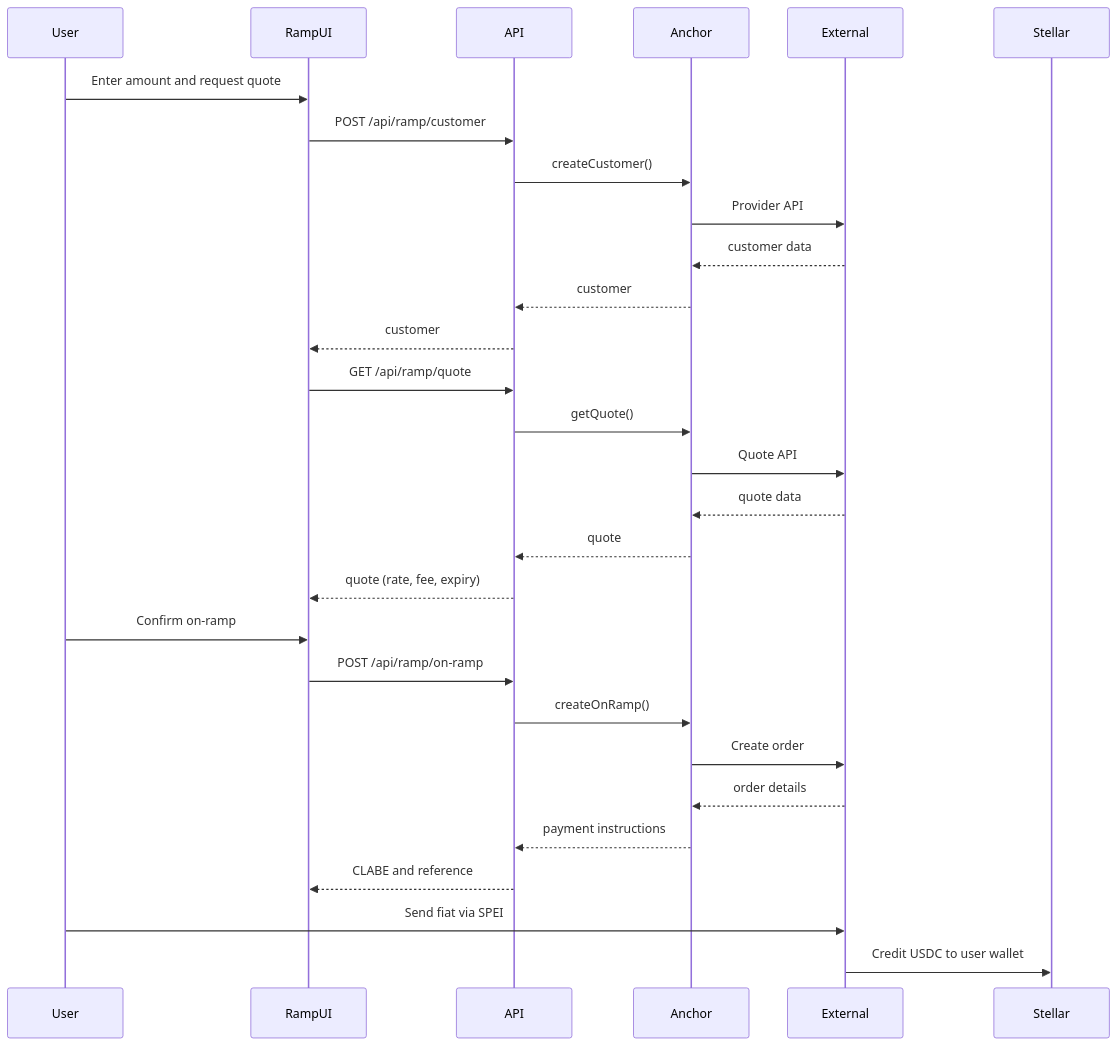
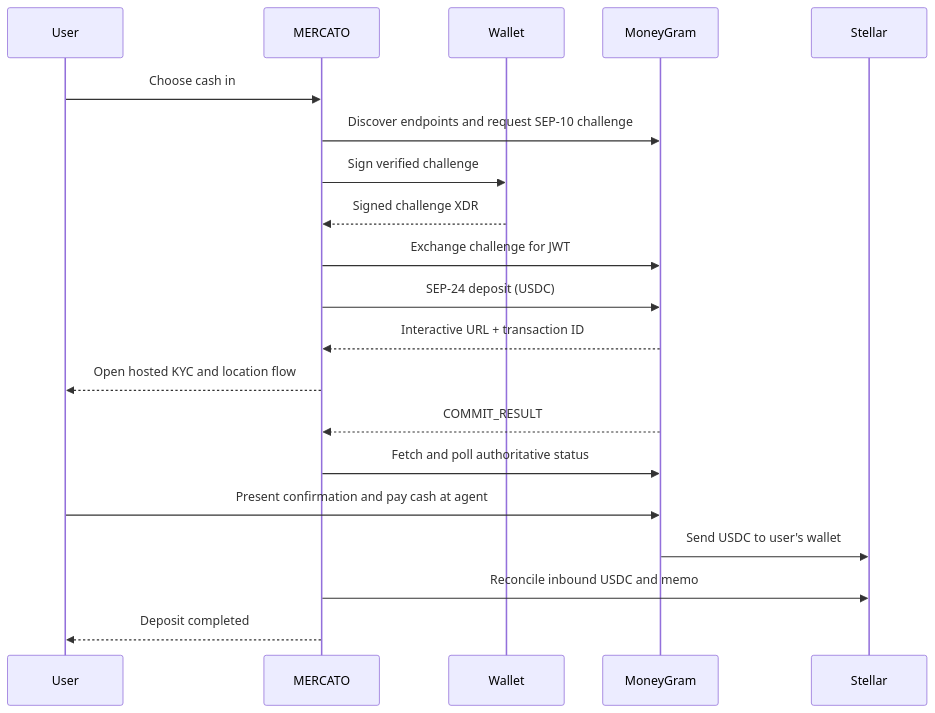
One commit to mercato-supply-chain/mercato-dapp changed the tenth of 14 diagrams in doc/architecture.md. Above: the diagram before and after it, drawn with Mermaid. The commit also changed other lines of this file, not shown here.

Commit message:
Document planned MoneyGram ramps and Privy wallet support

````diff
--- a/doc/architecture.md
+++ b/doc/architecture.md
@@ -648,34 +629,23 @@
 ```mermaid
 sequenceDiagram
   participant User
-  participant RampUI
-  participant API
-  participant Anchor
-  participant External
+  participant App as MERCATO
+  participant Wallet
+  participant MG as MoneyGram
+  participant Stellar
 
-  User->>RampUI: Enter amount and request quote
-  RampUI->>API: POST /api/ramp/customer
-  API->>Anchor: createCustomer()
-  Anchor->>External: Provider API
-  External-->>Anchor: customer data
-  Anchor-->>API: customer
-  API-->>RampUI: customer
-
-  RampUI->>API: GET /api/ramp/quote
-  API->>Anchor: getQuote()
-  Anchor->>External: Quote API
-  External-->>Anchor: quote data
-  Anchor-->>API: quote
-  API-->>RampUI: quote (rate, fee, expiry)
-
-  User->>RampUI: Confirm on-ramp
-  RampUI->>API: POST /api/ramp/on-ramp
-  API->>Anchor: createOnRamp()
-  Anchor->>External: Create order
-  External-->>Anchor: order details
-  Anchor-->>API: payment instructions
-  API-->>RampUI: CLABE and reference
-
-  User->>External: Send fiat via SPEI
-  External->>Stellar: Credit USDC to user wallet
+  User->>App: Choose cash in
+  App->>MG: Discover endpoints and request SEP-10 challenge
+  App->>Wallet: Sign verified challenge
+  Wallet-->>App: Signed challenge XDR
+  App->>MG: Exchange challenge for JWT
+  App->>MG: SEP-24 deposit (USDC)
+  MG-->>App: Interactive URL + transaction ID
+  App-->>User: Open hosted KYC and location flow
+  MG-->>App: COMMIT_RESULT
+  App->>MG: Fetch and poll authoritative status
+  User->>MG: Present confirmation and pay cash at agent
+  MG->>Stellar: Send USDC to user's wallet
+  App->>Stellar: Reconcile inbound USDC and memo
+  App-->>User: Deposit completed
 ```
````
